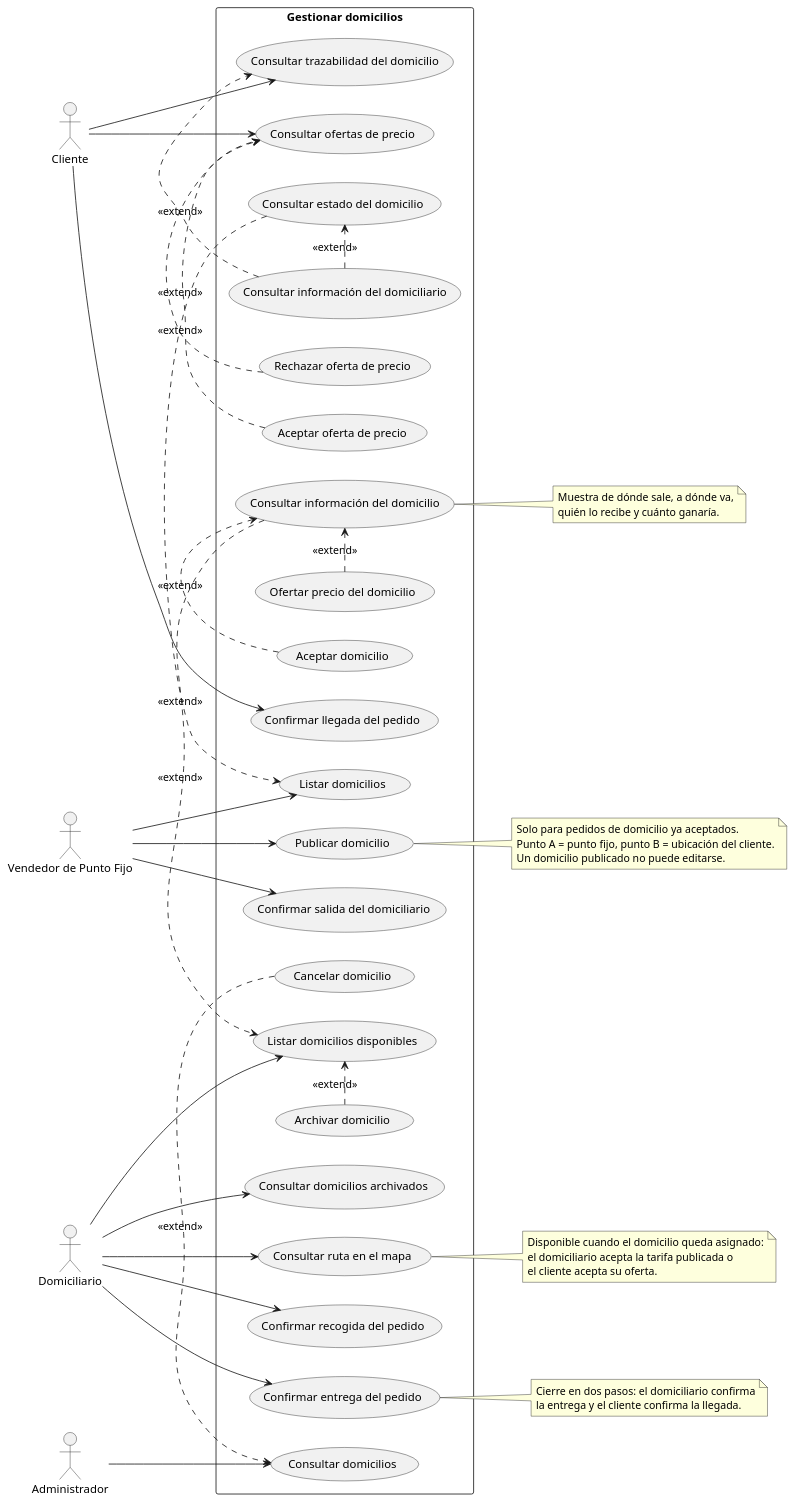
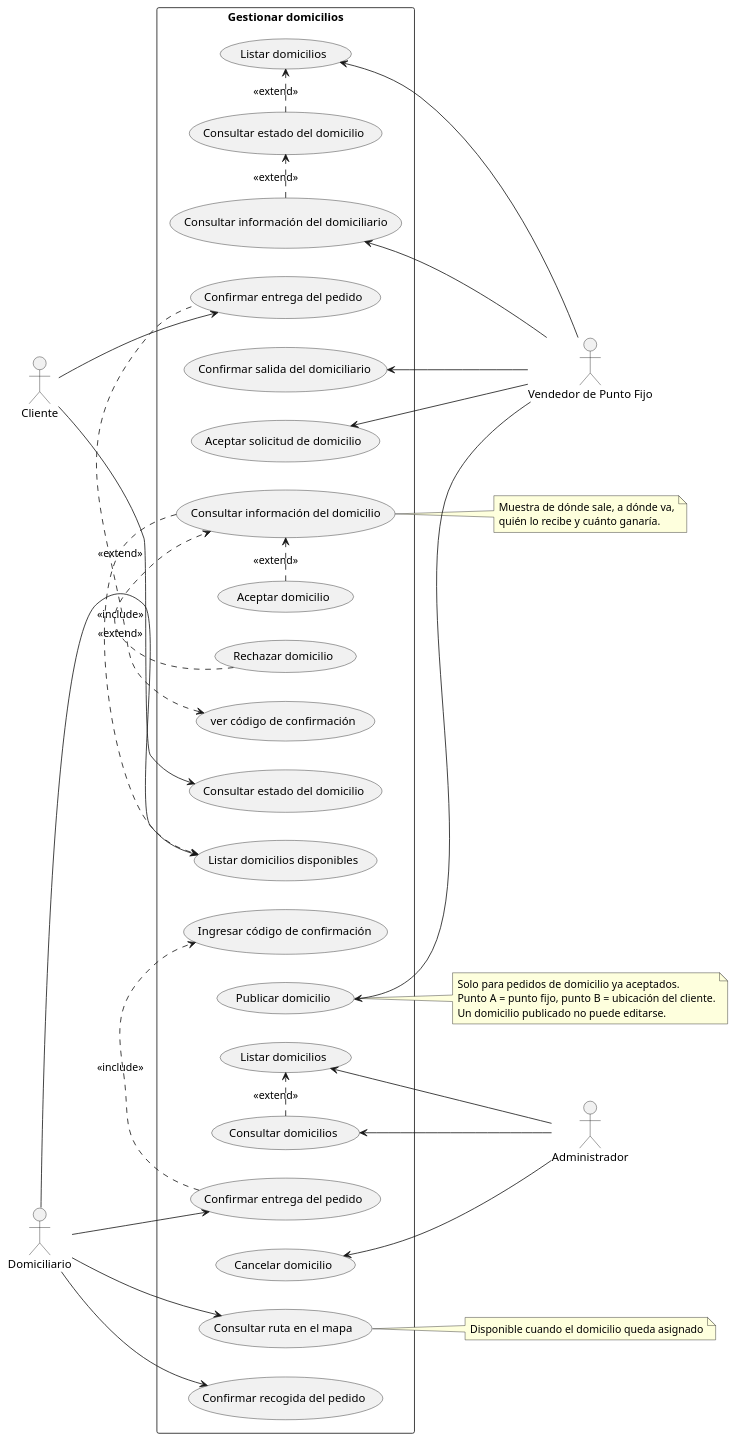
The diagram in casos de uso/gestionar_domicilios.puml (RAAR-18/napa), drawn with PlantUML before and after one commit. The commit also changed 1 other file, not shown here.

Commit message:
fix: caso de uso gestionar_domicilios volviendo a lo que teniamos antes pero ahora solo para el vendedor de punto fijo.

```diff
--- a/casos de uso/gestionar_domicilios.puml
+++ b/casos de uso/gestionar_domicilios.puml
@@ -1,93 +1,84 @@
 @startuml
 
 left to right direction
 
 actor "Cliente" as c
 actor "Vendedor de Punto Fijo" as vpf
 actor "Domiciliario" as d
 actor "Administrador" as adm
 
 rectangle "Gestionar domicilios" {
     ' Vendedor de punto fijo
     usecase "Publicar domicilio" as UC1
     usecase "Listar domicilios" as UC2
     usecase "Consultar estado del domicilio" as UC3
     usecase "Consultar información del domiciliario" as UC4
     usecase "Confirmar salida del domiciliario" as UC5
+    usecase "Aceptar solicitud de domicilio" as UC8
 
     ' Domiciliario
     usecase "Listar domicilios disponibles" as UC6
-    usecase "Archivar domicilio" as UC7
-    usecase "Consultar domicilios archivados" as UC8
+    usecase "Rechazar domicilio" as UC7
     usecase "Consultar información del domicilio" as UC9
     usecase "Aceptar domicilio" as UC10
-    usecase "Ofertar precio del domicilio" as UC11
     usecase "Consultar ruta en el mapa" as UC12
     usecase "Confirmar recogida del pedido" as UC13
     usecase "Confirmar entrega del pedido" as UC14
+    usecase "Ingresar código de confirmación" as UC16
 
     ' Cliente
-    usecase "Consultar ofertas de precio" as UC15
-    usecase "Aceptar oferta de precio" as UC16
-    usecase "Rechazar oferta de precio" as UC17
-    usecase "Consultar trazabilidad del domicilio" as UC18
-    usecase "Confirmar llegada del pedido" as UC19
+    usecase "Consultar estado del domicilio" as UC11
+    usecase "Confirmar entrega del pedido" as UC19
+    usecase "ver código de confirmación" as UC15
 
     ' Administrador
     usecase "Consultar domicilios" as UC20
     usecase "Cancelar domicilio" as UC21
+    usecase "Listar domicilios" as UC22
 }
 
-vpf --> UC1
-vpf --> UC2
-vpf --> UC5
+UC1 <-- vpf
+UC2 <-- vpf
+UC4 <-- vpf
+UC5 <-- vpf
+UC8 <-- vpf
 
 d --> UC6
-d --> UC8
 d --> UC12
 d --> UC13
 d --> UC14
 
-c --> UC15
-c --> UC18
+c --> UC11
 c --> UC19
 
-adm --> UC20
+UC20 <-- adm
+UC21 <-- adm
+UC22 <-- adm
 
 UC3 .> UC2 : <<extend>>
 UC4 .> UC3 : <<extend>>
-UC4 .> UC18 : <<extend>>
-
-UC7 .> UC6 : <<extend>>
 UC9 .> UC6 : <<extend>>
 UC10 .> UC9 : <<extend>>
-UC11 .> UC9 : <<extend>>
+UC7 .> UC9 : <<extend>>
+UC20 .> UC22 : <<extend>>
 
-UC16 .> UC15 : <<extend>>
-UC17 .> UC15 : <<extend>>
-
-UC21 .> UC20 : <<extend>>
+UC15 <. UC19 : <<include>>
+UC14 .> UC16 : <<include>>
 
 note right of UC1
   Solo para pedidos de domicilio ya aceptados.
   Punto A = punto fijo, punto B = ubicación del cliente.
   Un domicilio publicado no puede editarse.
 end note
 
 note right of UC9
   Muestra de dónde sale, a dónde va,
   quién lo recibe y cuánto ganaría.
 end note
 
 note right of UC12
-  Disponible cuando el domicilio queda asignado:
-  el domiciliario acepta la tarifa publicada o
-  el cliente acepta su oferta.
+  Disponible cuando el domicilio queda asignado
 end note
 
-note right of UC14
-  Cierre en dos pasos: el domiciliario confirma
-  la entrega y el cliente confirma la llegada.
-end note
 
 @enduml
```
